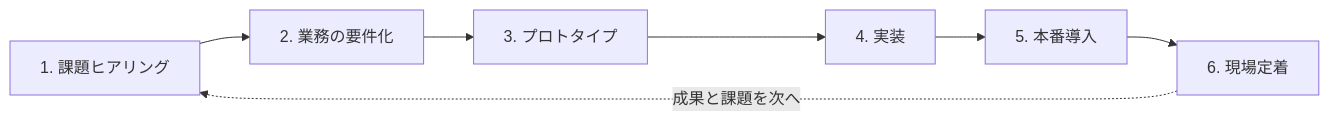
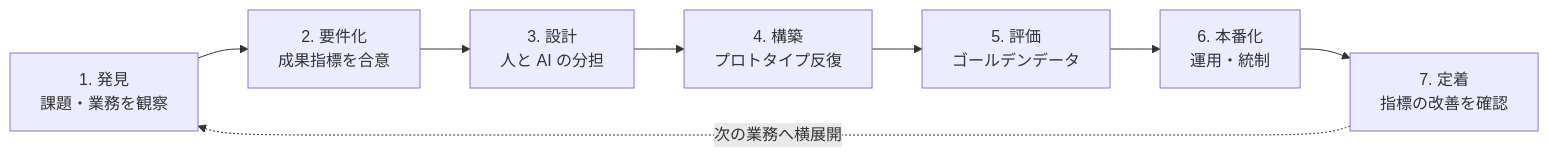
Before and after one commit to zixuniaowu/FDE-AI-Knowledge-Base: the diagram in content/ja/guide/what-is-fde.md, drawn with Mermaid. The commit also changed other lines of this file and 227 other files, not shown here.

````diff
--- a/content/ja/guide/what-is-fde.md
+++ b/content/ja/guide/what-is-fde.md
@@ -33,9 +51,10 @@
 ```mermaid
 flowchart LR
-    A["1. 課題ヒアリング"] --> B["2. 業務の要件化"]
-    B --> C["3. プロトタイプ"]
-    C --> D["4. 実装"]
-    D --> E["5. 本番導入"]
-    E --> F["6. 現場定着"]
-    F -. 成果と課題を次へ .-> A
+    D["1. 発見<br/>課題・業務を観察"] --> R["2. 要件化<br/>成果指標を合意"]
+    R --> S["3. 設計<br/>人と AI の分担"]
+    S --> B["4. 構築<br/>プロトタイプ反復"]
+    B --> E["5. 評価<br/>ゴールデンデータ"]
+    E --> P["6. 本番化<br/>運用・統制"]
+    P --> A["7. 定着<br/>指標の改善を確認"]
+    A -. 次の業務へ横展開 .-> D
 ```
````
